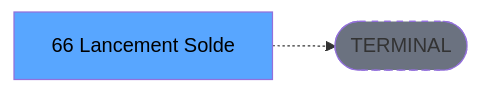
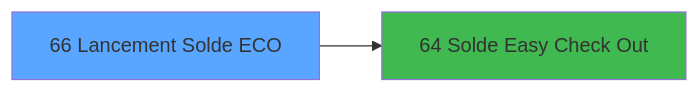
The third of 3 diagrams in .openspec/specs/ADH-IDE-66.md (thonyAGP/magic-migration), drawn with Mermaid before and after one commit. The commit also changed other lines of this file and 493 other files, not shown here.

````diff
--- a/.openspec/specs/ADH-IDE-66.md
+++ b/.openspec/specs/ADH-IDE-66.md
@@ -138,8 +158,8 @@
 ```mermaid
 graph LR
-    T[66 Lancement Solde]
-    TERM([TERMINAL])
-    T -.-> TERM
-    style TERM fill:#6b7280,stroke-dasharray: 5 5
-    style T fill:#58a6ff,color:#000
+    T66[66 Lancement Solde ECO]
+    style T66 fill:#58a6ff
+    C64[64 Solde Easy Check Out]
+    T66 --> C64
+    style C64 fill:#3fb950
 ```
````
